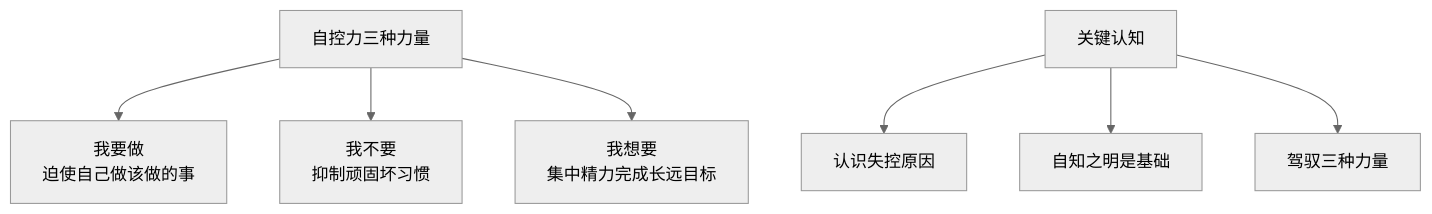
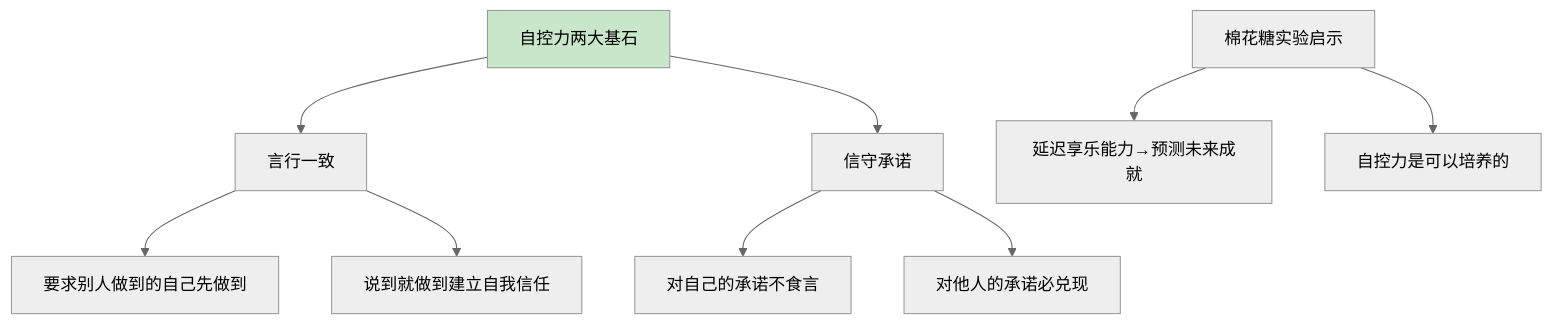
The third of 10 diagrams in 10.自我进阶提升书/07.底层思维的训练/7.2自我自控的调节.md (chongyang211/YCBookBlog), drawn with Mermaid (neutral theme) before and after one commit. The commit also changed other lines of this file and 6 other files, not shown here.

````diff
--- a/10.自我进阶提升书/07.底层思维的训练/7.2自我自控的调节.md
+++ b/10.自我进阶提升书/07.底层思维的训练/7.2自我自控的调节.md
@@ -52,9 +98,12 @@
 ```mermaid
 graph TD
-    A[自控力三种力量] --> B[我要做<br>迫使自己做该做的事]
-    A --> C[我不要<br>抑制顽固坏习惯]
-    A --> D[我想要<br>集中精力完成长远目标]
-    E[关键认知] --> E1[认识失控原因]
-    E --> E2[自知之明是基础]
-    E --> E3[驾驭三种力量]
+    A[自控力两大基石] --> B[言行一致]
+    A --> C[信守承诺]
+    B --> B1[要求别人做到的自己先做到]
+    B --> B2[说到就做到建立自我信任]
+    C --> C1[对自己的承诺不食言]
+    C --> C2[对他人的承诺必兑现]
+    D[棉花糖实验启示] --> D1[延迟享乐能力→预测未来成就]
+    D --> D2[自控力是可以培养的]
+    style A fill:#c8e6c9
 ```
````
